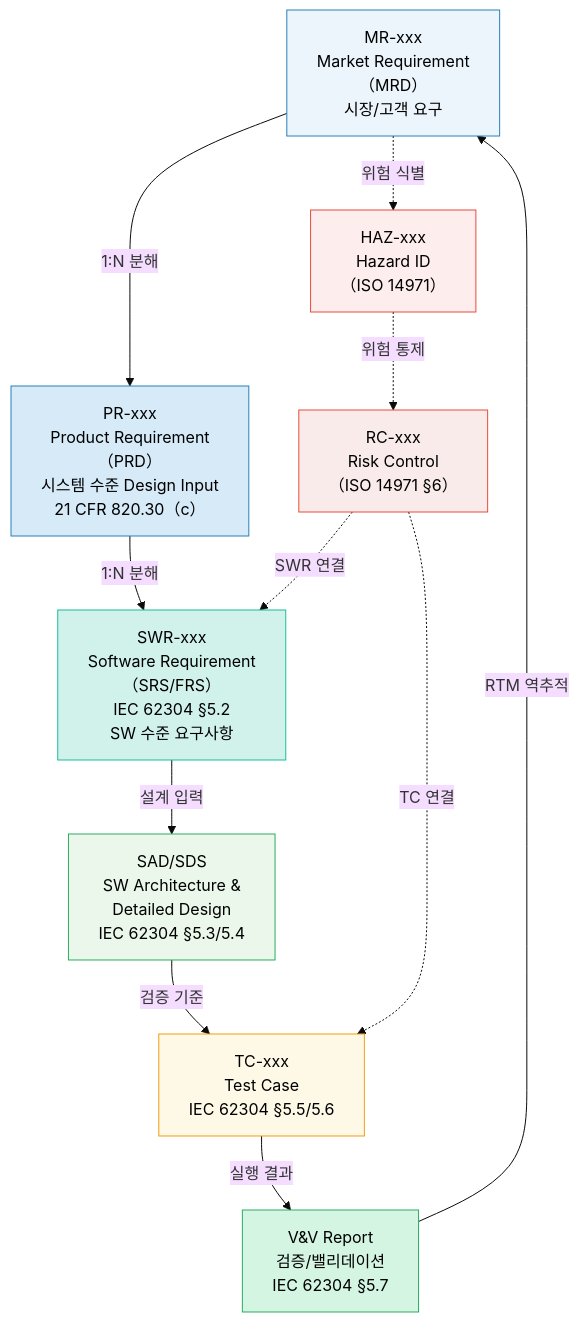
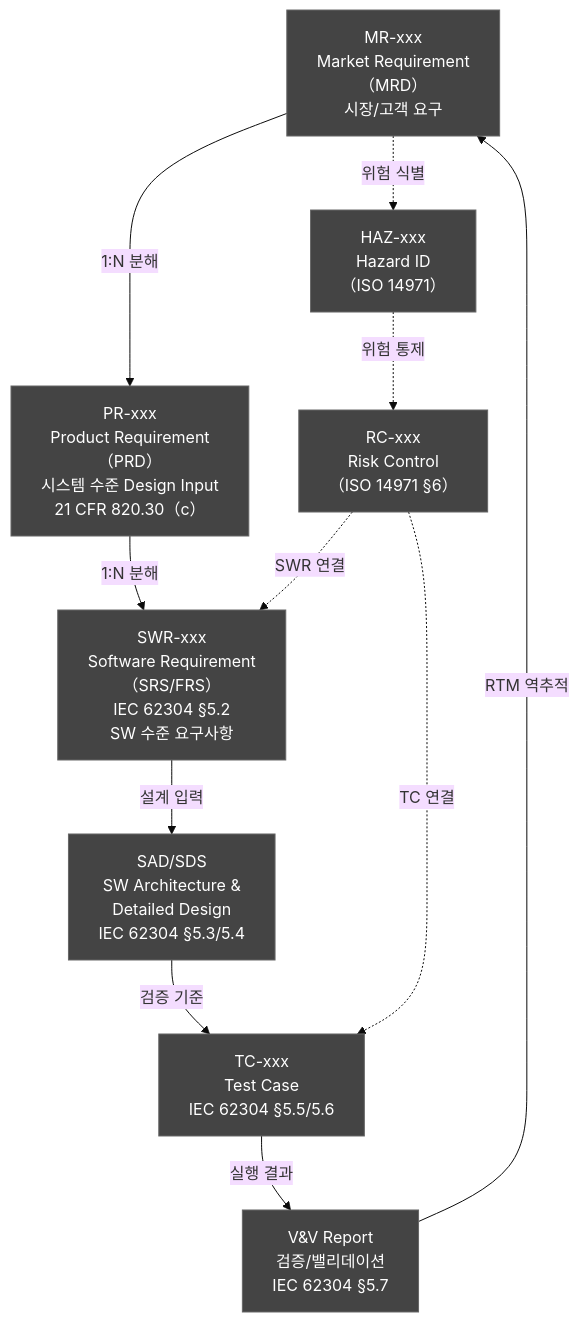
One commit to holee9/console-gui changed the first of 10 diagrams in docs/management/WBS-001_WBS_v1.0.md. Above: the diagram before and after it, drawn with Mermaid (base theme). The commit also changed other lines of this file and 35 other files, not shown here.

First line of the commit message:
fix: 전체 Mermaid 차트 색상 진한 회색 통일

````diff
--- a/docs/management/WBS-001_WBS_v1.0.md
+++ b/docs/management/WBS-001_WBS_v1.0.md
@@ -34,34 +34,34 @@
 ```mermaid
 flowchart TD
     classDef default fill:#444,stroke:#666,color:#fff
     MR["MR-xxx\nMarket Requirement\n（MRD）\n시장/고객 요구"]
     PR["PR-xxx\nProduct Requirement\n（PRD）\n시스템 수준 Design Input\n21 CFR 820.30（c）"]
     SWR["SWR-xxx\nSoftware Requirement\n（SRS/FRS）\nIEC 62304 §5.2\nSW 수준 요구사항"]
     SAD["SAD/SDS\nSW Architecture &\nDetailed Design\nIEC 62304 §5.3/5.4"]
     TC["TC-xxx\nTest Case\nIEC 62304 §5.5/5.6"]
     VV["V&V Report\n검증/밸리데이션\nIEC 62304 §5.7"]
 
     MR -->|"1:N 분해"| PR
     PR -->|"1:N 분해"| SWR
     SWR -->|"설계 입력"| SAD
     SAD -->|"검증 기준"| TC
     TC -->|"실행 결과"| VV
     VV -->|"RTM 역추적"| MR
 
     HAZ["HAZ-xxx\nHazard ID\n（ISO 14971）"]
     RC["RC-xxx\nRisk Control\n（ISO 14971 §6）"]
 
     MR -.->|"위험 식별"| HAZ
     HAZ -.->|"위험 통제"| RC
     RC -.->|"SWR 연결"| SWR
     RC -.->|"TC 연결"| TC
 
-    style MR fill:#EBF5FB,stroke:#2980B9,color:#000
-    style PR fill:#D6EAF8,stroke:#2980B9,color:#000
-    style SWR fill:#D1F2EB,stroke:#1ABC9C,color:#000
-    style SAD fill:#EAF7EA,stroke:#27AE60,color:#000
-    style TC fill:#FEF9E7,stroke:#F39C12,color:#000
-    style VV fill:#D5F5E3,stroke:#27AE60,color:#000
-    style HAZ fill:#FDEDEC,stroke:#E74C3C,color:#000
-    style RC fill:#F9EBEA,stroke:#E74C3C,color:#000
+    style MR fill:#444,stroke:#666,color:#fff
+    style PR fill:#444,stroke:#666,color:#fff
+    style SWR fill:#444,stroke:#666,color:#fff
+    style SAD fill:#444,stroke:#666,color:#fff
+    style TC fill:#444,stroke:#666,color:#fff
+    style VV fill:#444,stroke:#666,color:#fff
+    style HAZ fill:#444,stroke:#666,color:#fff
+    style RC fill:#444,stroke:#666,color:#fff
 ```
````
